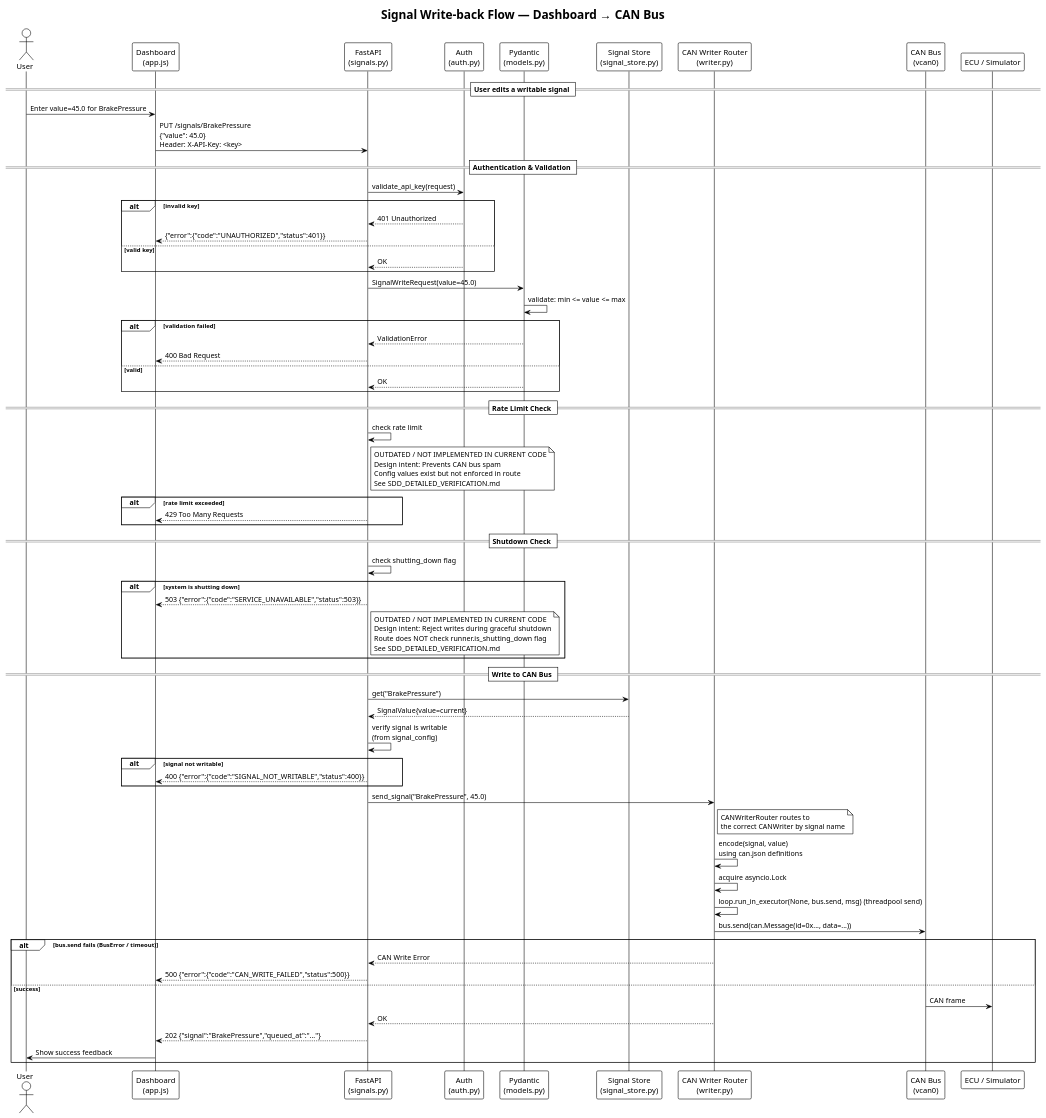
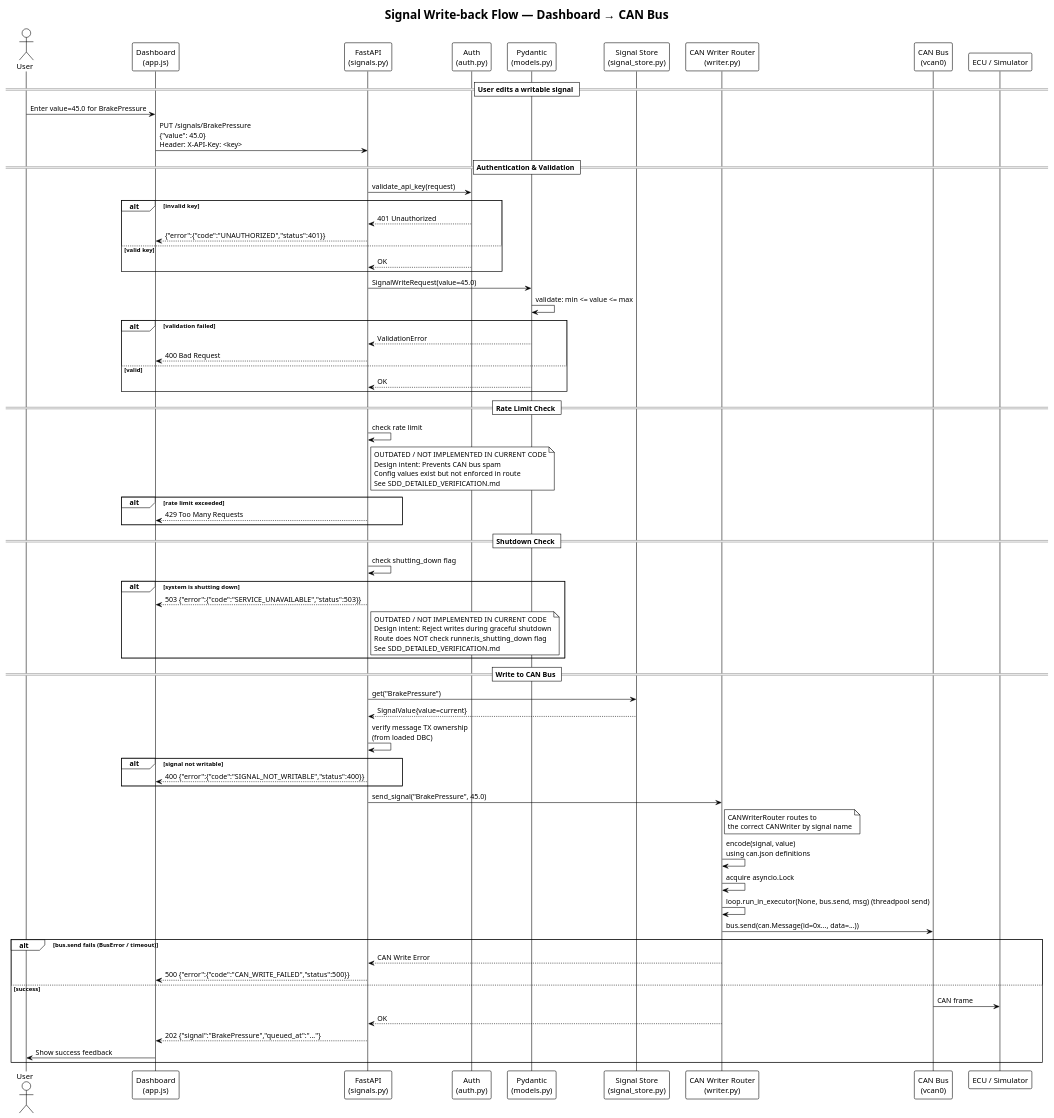
Before and after one commit to 3tdn/car-hmi: the diagram in diagram/SDD/SDD_sequence_signal_write.puml, drawn with PlantUML. The commit also changed 75 other files, not shown here.

First line of the commit message:
Remove database persistence and migrate signal configuration entirely to DBC-backed metadata.

```diff
--- a/diagram/SDD/SDD_sequence_signal_write.puml
+++ b/diagram/SDD/SDD_sequence_signal_write.puml
@@ -2,89 +2,89 @@
 @startuml
 !theme plain
 title Signal Write-back Flow — Dashboard → CAN Bus
 
 actor "User" as user
 participant "Dashboard\n(app.js)" as dash
 participant "FastAPI\n(signals.py)" as api
 participant "Auth\n(auth.py)" as auth
 participant "Pydantic\n(models.py)" as model
 participant "Signal Store\n(signal_store.py)" as store
 participant "CAN Writer Router\n(writer.py)" as writer
 participant "CAN Bus\n(vcan0)" as bus
 participant "ECU / Simulator" as ecu
 
 == User edits a writable signal ==
 user -> dash : Enter value=45.0 for BrakePressure
 dash -> api : PUT /signals/BrakePressure\n{"value": 45.0}\nHeader: X-API-Key: <key>
 
 == Authentication & Validation ==
 api -> auth : validate_api_key(request)
 alt invalid key
     auth --> api : 401 Unauthorized
     api --> dash : {"error":{"code":"UNAUTHORIZED","status":401}}
 else valid key
     auth --> api : OK
 end
 
 api -> model : SignalWriteRequest(value=45.0)
 model -> model : validate: min <= value <= max
 alt validation failed
     model --> api : ValidationError
     api --> dash : 400 Bad Request
 else valid
     model --> api : OK
 end
 
 == Rate Limit Check ==
 api -> api : check rate limit
 note right of api
   OUTDATED / NOT IMPLEMENTED IN CURRENT CODE
   Design intent: Prevents CAN bus spam
   Config values exist but not enforced in route
   See SDD_DETAILED_VERIFICATION.md
 end note
 alt rate limit exceeded
     api --> dash : 429 Too Many Requests
 end
 
 == Shutdown Check ==
 api -> api : check shutting_down flag
 alt system is shutting down
     api --> dash : 503 {"error":{"code":"SERVICE_UNAVAILABLE","status":503}}
     note right of api
       OUTDATED / NOT IMPLEMENTED IN CURRENT CODE
       Design intent: Reject writes during graceful shutdown
       Route does NOT check runner.is_shutting_down flag
       See SDD_DETAILED_VERIFICATION.md
     end note
 end
 == Write to CAN Bus ==
 api -> store : get("BrakePressure")
 store --> api : SignalValue{value=current}
-api -> api : verify signal is writable\n(from signal_config)
+api -> api : verify message TX ownership\n(from loaded DBC)
 alt signal not writable
     api --> dash : 400 {"error":{"code":"SIGNAL_NOT_WRITABLE","status":400}}
 end
 
 api -> writer : send_signal("BrakePressure", 45.0)
 note right of writer
   CANWriterRouter routes to
   the correct CANWriter by signal name
 end note
 
 writer -> writer : encode(signal, value)\nusing can.json definitions
 writer -> writer : acquire asyncio.Lock
 writer -> writer : loop.run_in_executor(None, bus.send, msg) (threadpool send)
 
 writer -> bus : bus.send(can.Message(id=0x..., data=...))
 alt bus.send fails (BusError / timeout)
     writer --> api : CAN Write Error
     api --> dash : 500 {"error":{"code":"CAN_WRITE_FAILED","status":500}}
 else success
     bus -> ecu : CAN frame
     writer --> api : OK
     api --> dash : 202 {"signal":"BrakePressure","queued_at":"..."}
     dash -> user : Show success feedback
 end
 
 @enduml
```
